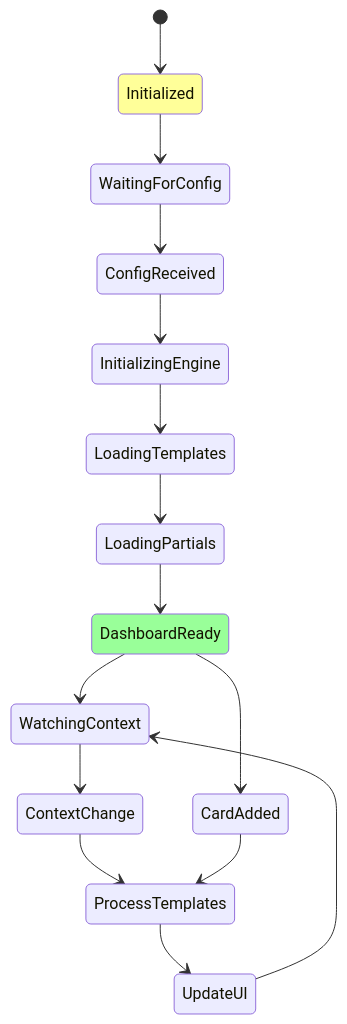
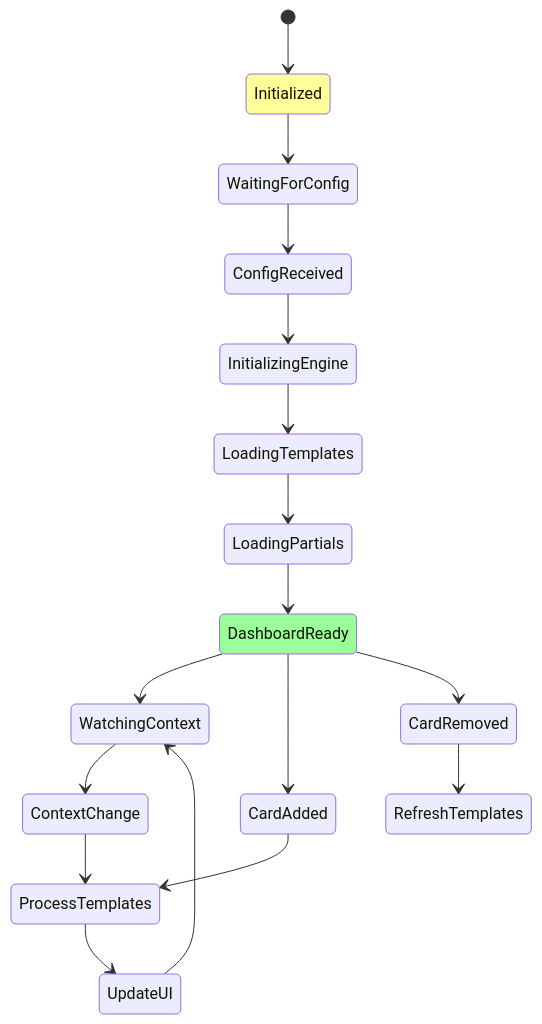
Before and after one commit to daredoes/linked-lovelace-ui: diagram 15 of 22 in docs_site/api-evolution.md, drawn with Mermaid. The commit also changed other lines of this file and 1 other file, not shown here.

First line of the commit message:
Fix all Mermaid diagram syntax errors for v11.12.3 compatibility

````diff
--- a/docs_site/api-evolution.md
+++ b/docs_site/api-evolution.md
@@ -370,30 +360,31 @@
 ```mermaid
 stateDiagram
     [*] --> Initialized
     
     Initialized --> WaitingForConfig
     WaitingForConfig --> ConfigReceived
     
     ConfigReceived --> InitializingEngine
-    
     InitializingEngine --> LoadingTemplates
     LoadingTemplates --> LoadingPartials
     
     LoadingPartials --> DashboardReady
     
     DashboardReady --> WatchingContext
     
     WatchingContext --> ContextChange
-    
     ContextChange --> ProcessTemplates
     
     ProcessTemplates --> UpdateUI
     
     UpdateUI --> WatchingContext
     
     DashboardReady --> CardAdded
     CardAdded --> ProcessTemplates
     
+    DashboardReady --> CardRemoved
+    CardRemoved --> RefreshTemplates
+    
     style Initialized fill:#ff9
     style DashboardReady fill:#9f9
 ```
````
